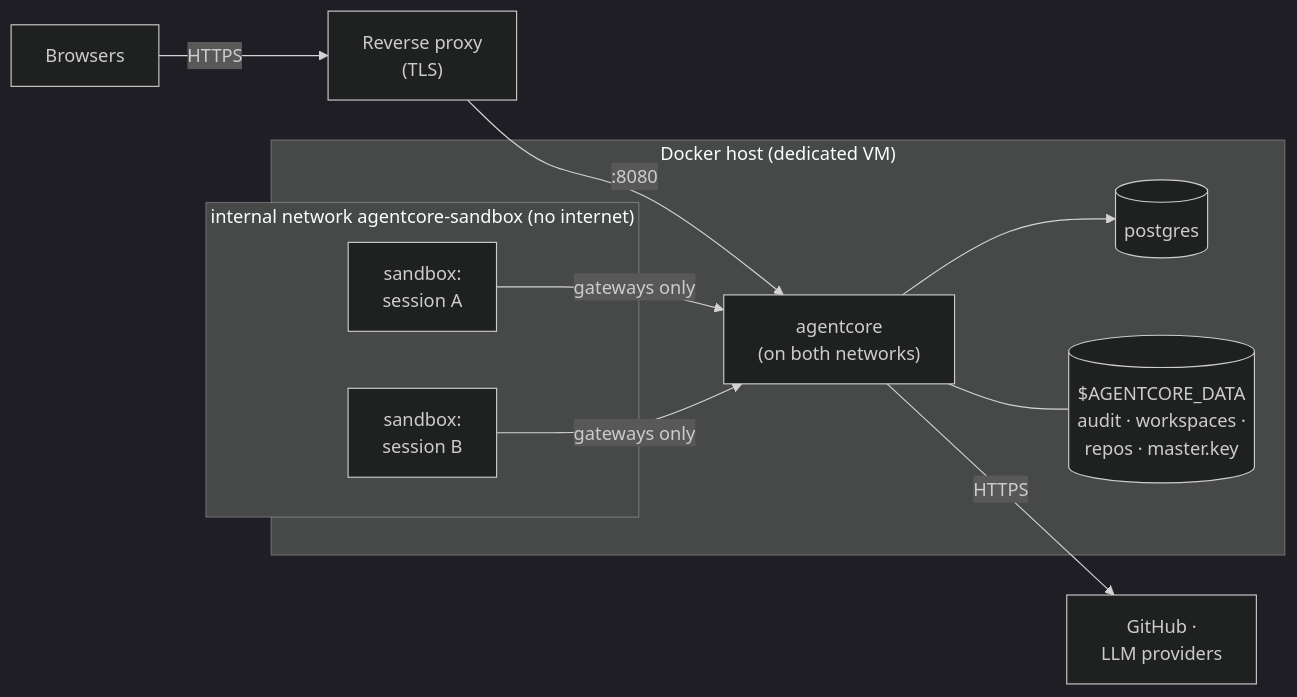
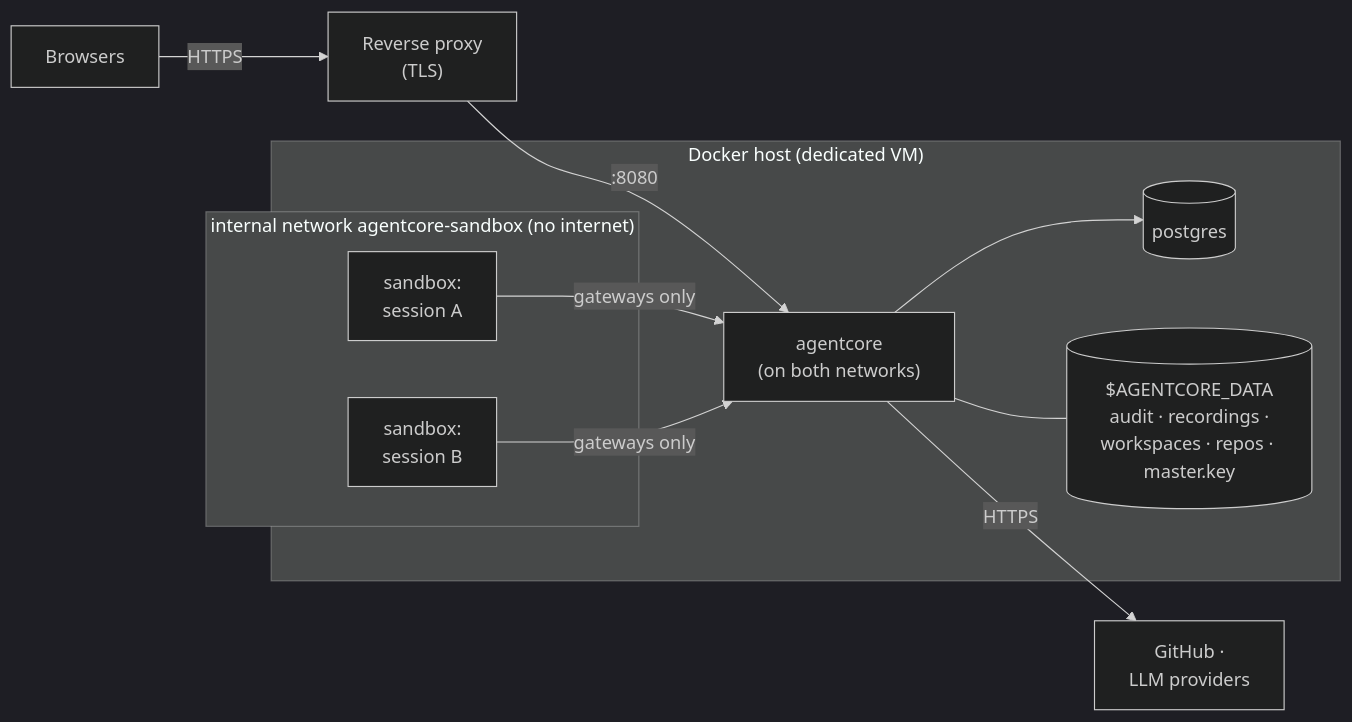
The first of 3 diagrams in docs/DEPLOYMENT.md (Jaelse/agentcore), drawn with Mermaid (dark theme) before and after one commit. The commit also changed other lines of this file and 6 other files, not shown here.

````diff
--- a/docs/DEPLOYMENT.md
+++ b/docs/DEPLOYMENT.md
@@ -5,18 +5,18 @@
 ```mermaid
 flowchart LR
     U["Browsers"] -- "HTTPS" --> RP["Reverse proxy<br/>(TLS)"] -- ":8080" --> AC
     subgraph Host["Docker host (dedicated VM)"]
         AC["agentcore<br/>(on both networks)"]
         PG[("postgres")]
-        D[("$AGENTCORE_DATA<br/>audit · workspaces ·<br/>repos · master.key")]
+        D[("$AGENTCORE_DATA<br/>audit · recordings ·<br/>workspaces · repos · master.key")]
         subgraph SBN["internal network agentcore-sandbox (no internet)"]
             S1["sandbox:<br/>session A"]
             S2["sandbox:<br/>session B"]
         end
     end
     S1 -- "gateways only" --> AC
     S2 -- "gateways only" --> AC
     AC --> PG
     AC --- D
     AC -- "HTTPS" --> EXT["GitHub ·<br/>LLM providers"]
 ```
````
